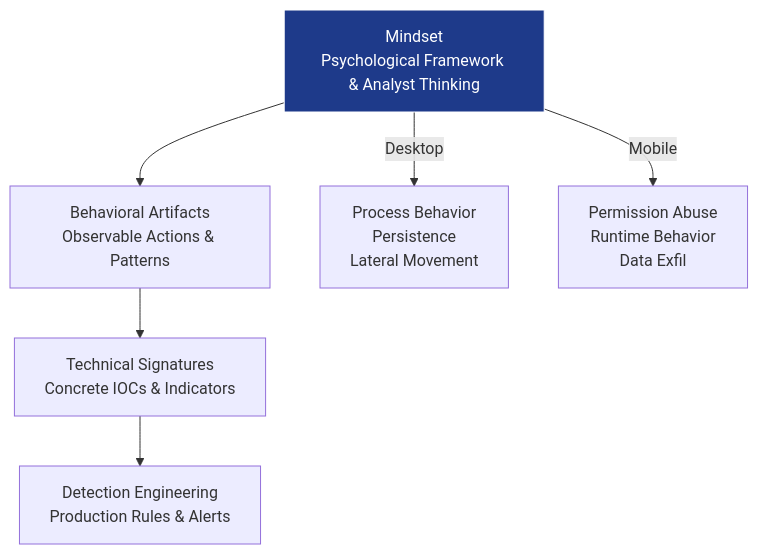
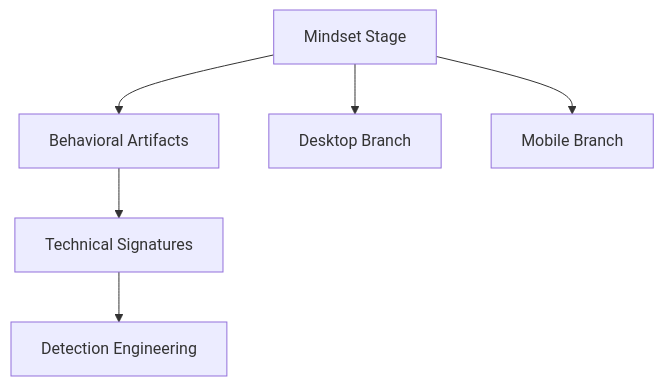
The diagram in README.md (noah369-ux/mindforge-threat-analyst), drawn with Mermaid before and after one commit. The commit also changed other lines of this file and 6 other files, not shown here.

````diff
--- a/README.md
+++ b/README.md
@@ -8,19 +1,8 @@
 ```mermaid
 flowchart TD
-    A[Mindset
-Psychological Framework & Analyst Thinking] --> B[Behavioral Artifacts
-Observable Actions & Patterns]
-    B --> C[Technical Signatures
-Concrete IOCs & Indicators]
-    C --> D[Detection Engineering
-Production Rules & Alerts]
-    
-    A -->|Desktop| E[Process Behavior
-Persistence
-Lateral Movement]
-    A -->|Mobile| F[Permission Abuse
-Runtime Behavior
-Data Exfil]
-    
-    style A fill:#1e3a8a,stroke:#fff,color:#fff
+    A[Mindset Stage] --> B[Behavioral Artifacts]
+    B --> C[Technical Signatures]
+    C --> D[Detection Engineering]
+    A --> E[Desktop Branch]
+    A --> F[Mobile Branch]
 ```
````
